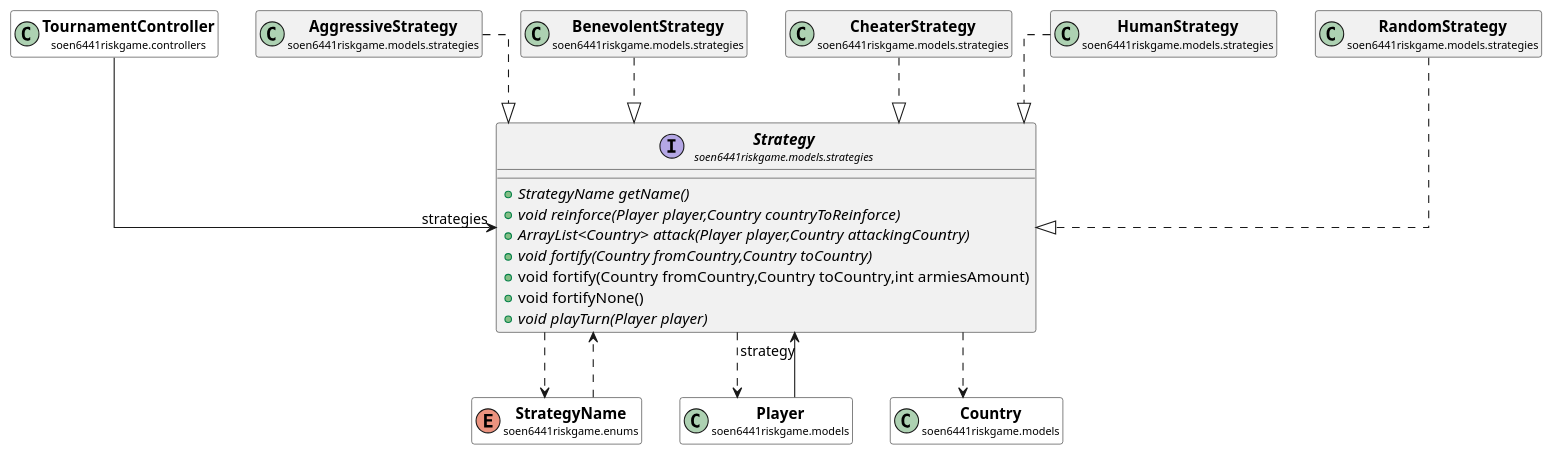
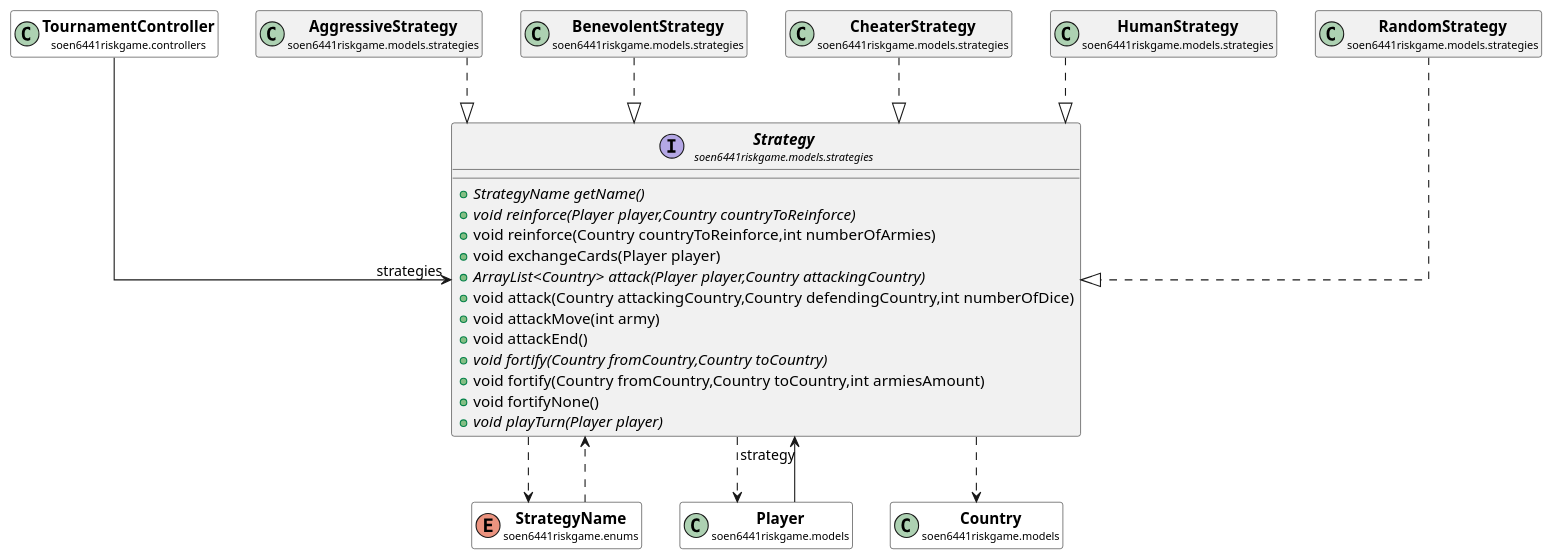
One commit to huntertran/soen6441-riskgame changed the diagram in docs/javadocs/soen6441riskgame/models/strategies/Strategy.puml. Above: the diagram before and after it, drawn with PlantUML. The commit also changed 184 other files, not shown here.

```diff
--- a/docs/javadocs/soen6441riskgame/models/strategies/Strategy.puml
+++ b/docs/javadocs/soen6441riskgame/models/strategies/Strategy.puml
@@ -1,95 +1,100 @@
 @startuml
 
 skinparam svgLinkTarget _parent
 skinparam linetype ortho
 set namespaceSeparator none
 interface "<b><size:14>Strategy</b>\n<size:10>soen6441riskgame.models.strategies" as soen6441riskgame.models.strategies.Strategy  [[../../../soen6441riskgame/models/strategies/Strategy.html{soen6441riskgame.models.strategies.Strategy}]] {
 {abstract} +StrategyName getName()
 {abstract} +void reinforce(Player player,Country countryToReinforce)
++void reinforce(Country countryToReinforce,int numberOfArmies)
++void exchangeCards(Player player)
 {abstract} +ArrayList<Country> attack(Player player,Country attackingCountry)
++void attack(Country attackingCountry,Country defendingCountry,int numberOfDice)
++void attackMove(int army)
++void attackEnd()
 {abstract} +void fortify(Country fromCountry,Country toCountry)
 +void fortify(Country fromCountry,Country toCountry,int armiesAmount)
 +void fortifyNone()
 {abstract} +void playTurn(Player player)
 }
 
 
 class "<b><size:14>TournamentController</b>\n<size:10>soen6441riskgame.controllers" as soen6441riskgame.controllers.TournamentController  [[../../../soen6441riskgame/controllers/TournamentController.html{soen6441riskgame.controllers.TournamentController}]] #white {
 }
 
 hide soen6441riskgame.controllers.TournamentController fields
 hide soen6441riskgame.controllers.TournamentController methods
 
 soen6441riskgame.controllers.TournamentController -->  "strategies" soen6441riskgame.models.strategies.Strategy
 
 enum "<b><size:14>StrategyName</b>\n<size:10>soen6441riskgame.enums" as soen6441riskgame.enums.StrategyName  [[../../../soen6441riskgame/enums/StrategyName.html{soen6441riskgame.enums.StrategyName}]] #white {
 }
 
 hide soen6441riskgame.enums.StrategyName fields
 hide soen6441riskgame.enums.StrategyName methods
 
 soen6441riskgame.enums.StrategyName ..> soen6441riskgame.models.strategies.Strategy
 
 class "<b><size:14>Player</b>\n<size:10>soen6441riskgame.models" as soen6441riskgame.models.Player  [[../../../soen6441riskgame/models/Player.html{soen6441riskgame.models.Player}]] #white {
 }
 
 hide soen6441riskgame.models.Player fields
 hide soen6441riskgame.models.Player methods
 
 soen6441riskgame.models.Player -->  "strategy" soen6441riskgame.models.strategies.Strategy
 
 class "<b><size:14>AggressiveStrategy</b>\n<size:10>soen6441riskgame.models.strategies" as soen6441riskgame.models.strategies.AggressiveStrategy  [[../../../soen6441riskgame/models/strategies/AggressiveStrategy.html{soen6441riskgame.models.strategies.AggressiveStrategy}]] {
 }
 
 hide soen6441riskgame.models.strategies.AggressiveStrategy fields
 hide soen6441riskgame.models.strategies.AggressiveStrategy methods
 
 soen6441riskgame.models.strategies.AggressiveStrategy ..|> soen6441riskgame.models.strategies.Strategy
 
 class "<b><size:14>BenevolentStrategy</b>\n<size:10>soen6441riskgame.models.strategies" as soen6441riskgame.models.strategies.BenevolentStrategy  [[../../../soen6441riskgame/models/strategies/BenevolentStrategy.html{soen6441riskgame.models.strategies.BenevolentStrategy}]] {
 }
 
 hide soen6441riskgame.models.strategies.BenevolentStrategy fields
 hide soen6441riskgame.models.strategies.BenevolentStrategy methods
 
 soen6441riskgame.models.strategies.BenevolentStrategy ..|> soen6441riskgame.models.strategies.Strategy
 
 class "<b><size:14>CheaterStrategy</b>\n<size:10>soen6441riskgame.models.strategies" as soen6441riskgame.models.strategies.CheaterStrategy  [[../../../soen6441riskgame/models/strategies/CheaterStrategy.html{soen6441riskgame.models.strategies.CheaterStrategy}]] {
 }
 
 hide soen6441riskgame.models.strategies.CheaterStrategy fields
 hide soen6441riskgame.models.strategies.CheaterStrategy methods
 
 soen6441riskgame.models.strategies.CheaterStrategy ..|> soen6441riskgame.models.strategies.Strategy
 
 class "<b><size:14>HumanStrategy</b>\n<size:10>soen6441riskgame.models.strategies" as soen6441riskgame.models.strategies.HumanStrategy  [[../../../soen6441riskgame/models/strategies/HumanStrategy.html{soen6441riskgame.models.strategies.HumanStrategy}]] {
 }
 
 hide soen6441riskgame.models.strategies.HumanStrategy fields
 hide soen6441riskgame.models.strategies.HumanStrategy methods
 
 soen6441riskgame.models.strategies.HumanStrategy ..|> soen6441riskgame.models.strategies.Strategy
 
 class "<b><size:14>RandomStrategy</b>\n<size:10>soen6441riskgame.models.strategies" as soen6441riskgame.models.strategies.RandomStrategy  [[../../../soen6441riskgame/models/strategies/RandomStrategy.html{soen6441riskgame.models.strategies.RandomStrategy}]] {
 }
 
 hide soen6441riskgame.models.strategies.RandomStrategy fields
 hide soen6441riskgame.models.strategies.RandomStrategy methods
 
 soen6441riskgame.models.strategies.RandomStrategy ..|> soen6441riskgame.models.strategies.Strategy
 
 soen6441riskgame.models.strategies.Strategy ..> soen6441riskgame.enums.StrategyName
 
 soen6441riskgame.models.strategies.Strategy ..> soen6441riskgame.models.Player
 
 class "<b><size:14>Country</b>\n<size:10>soen6441riskgame.models" as soen6441riskgame.models.Country  [[../../../soen6441riskgame/models/Country.html{soen6441riskgame.models.Country}]] #white {
 }
 
 hide soen6441riskgame.models.Country fields
 hide soen6441riskgame.models.Country methods
 
 soen6441riskgame.models.strategies.Strategy ..> soen6441riskgame.models.Country
 
 
 
 @enduml
```
